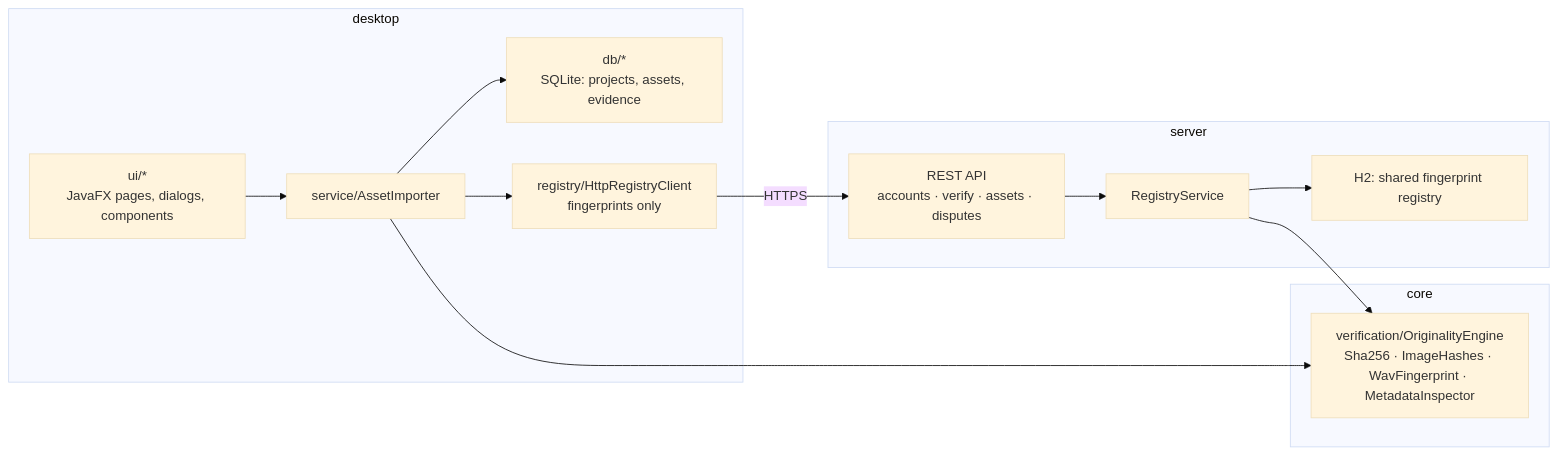
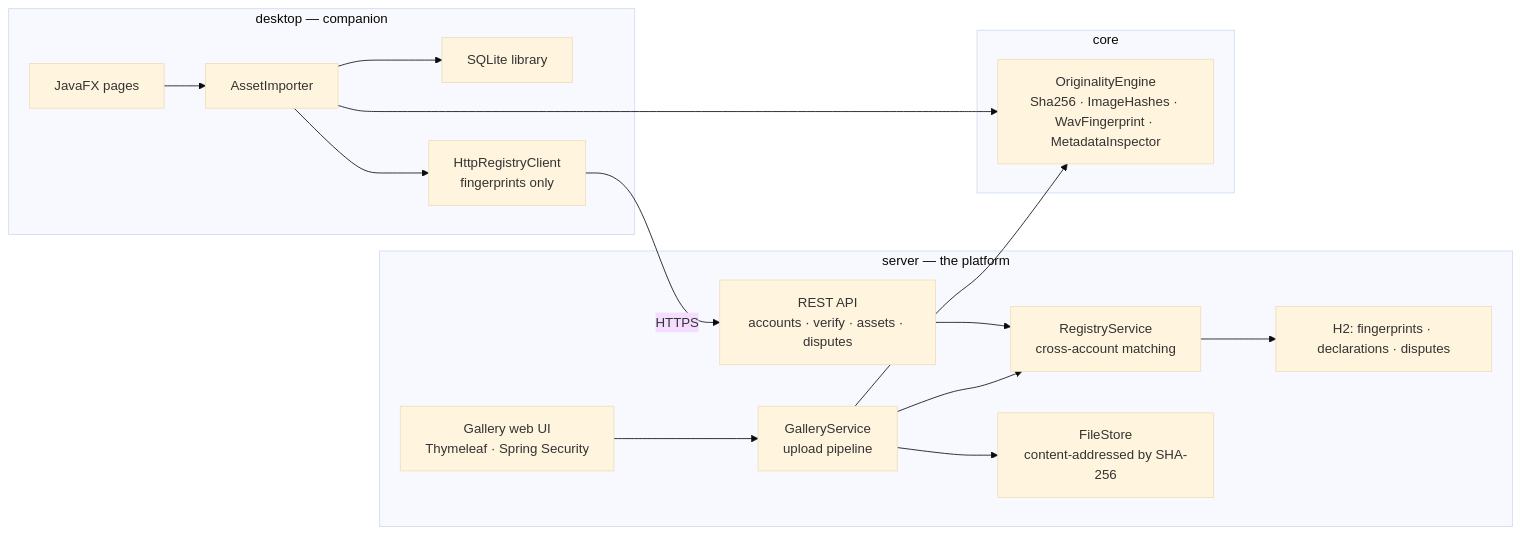
The diagram in README.md (Bryancruzcb/creatorflow), drawn with Mermaid (base theme) before and after one commit. The commit also changed other lines of this file and 40 other files, not shown here.

````diff
--- a/README.md
+++ b/README.md
@@ -133,18 +146,21 @@
 ```mermaid
 flowchart LR
-    subgraph desktop
-        UI["ui/*<br/>JavaFX pages, dialogs, components"] --> SVC["service/AssetImporter"]
-        SVC --> DB["db/*<br/>SQLite: projects, assets, evidence"]
-        SVC --> RC["registry/HttpRegistryClient<br/>fingerprints only"]
+    subgraph server["server — the platform"]
+        WEB["Gallery web UI<br/>Thymeleaf · Spring Security"] --> GAL["GalleryService<br/>upload pipeline"]
+        API["REST API<br/>accounts · verify · assets · disputes"] --> REG["RegistryService<br/>cross-account matching"]
+        GAL --> REG
+        GAL --> FS["FileStore<br/>content-addressed by SHA-256"]
+        REG --> H2["H2: fingerprints · declarations · disputes"]
+    end
+    subgraph desktop["desktop — companion"]
+        UI["JavaFX pages"] --> SVC["AssetImporter"]
+        SVC --> DB["SQLite library"]
+        SVC --> RC["HttpRegistryClient<br/>fingerprints only"]
     end
     subgraph core
-        ENG["verification/OriginalityEngine<br/>Sha256 · ImageHashes · WavFingerprint · MetadataInspector"]
+        ENG["OriginalityEngine<br/>Sha256 · ImageHashes · WavFingerprint · MetadataInspector"]
     end
-    subgraph server
-        API["REST API<br/>accounts · verify · assets · disputes"] --> REG["RegistryService"]
-        REG --> H2["H2: shared fingerprint registry"]
-    end
+    GAL --> ENG
     SVC --> ENG
-    REG --> ENG
     RC -- HTTPS --> API
 ```
````
